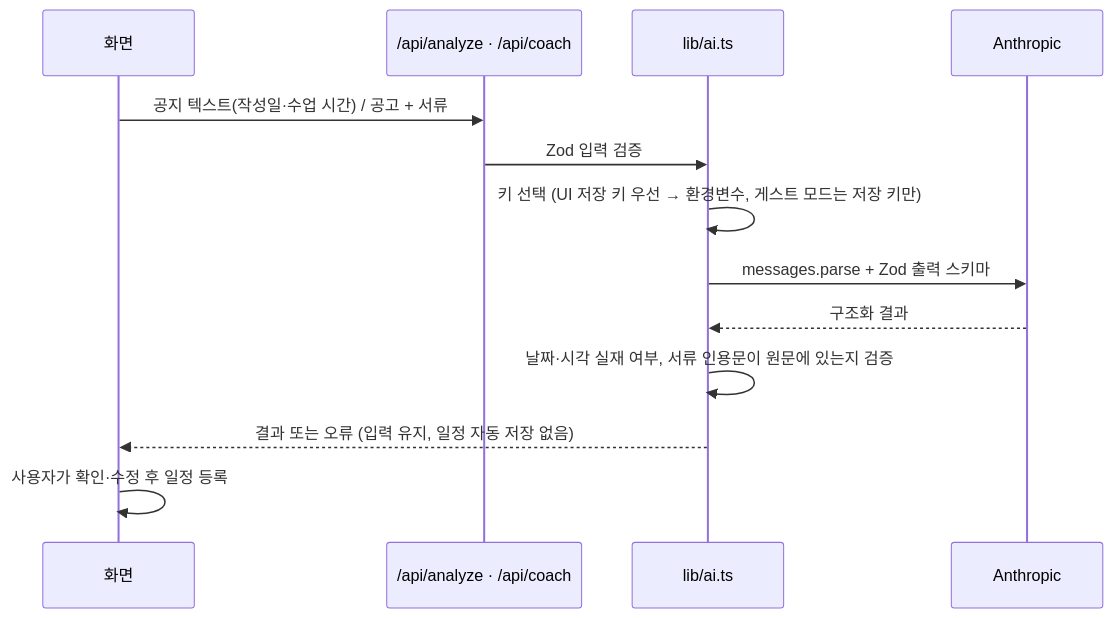
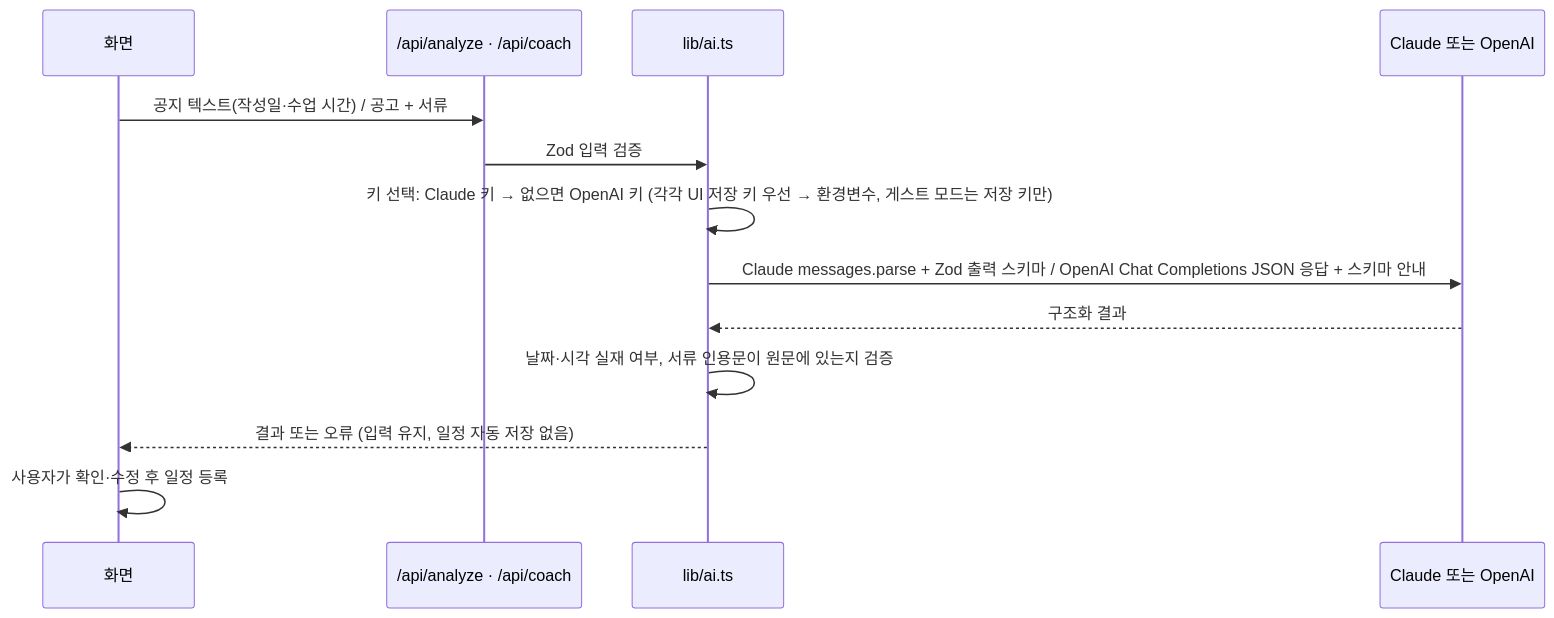
One commit to siu717/ai-builder changed the fifth of 8 diagrams in docs/ARCHITECTURE.md. Above: the diagram before and after it, drawn with Mermaid. The commit also changed other lines of this file and 1 other file, not shown here.

````diff
--- a/docs/ARCHITECTURE.md
+++ b/docs/ARCHITECTURE.md
@@ -206,15 +207,15 @@
 ```mermaid
 sequenceDiagram
   participant U as 화면
   participant A as /api/analyze · /api/coach
   participant L as lib/ai.ts
-  participant C as Anthropic
+  participant C as Claude 또는 OpenAI
   U->>A: 공지 텍스트(작성일·수업 시간) / 공고 + 서류
   A->>L: Zod 입력 검증
-  L->>L: 키 선택 (UI 저장 키 우선 → 환경변수, 게스트 모드는 저장 키만)
-  L->>C: messages.parse + Zod 출력 스키마
+  L->>L: 키 선택: Claude 키 → 없으면 OpenAI 키 (각각 UI 저장 키 우선 → 환경변수, 게스트 모드는 저장 키만)
+  L->>C: Claude messages.parse + Zod 출력 스키마 / OpenAI Chat Completions JSON 응답 + 스키마 안내
   C-->>L: 구조화 결과
   L->>L: 날짜·시각 실재 여부, 서류 인용문이 원문에 있는지 검증
   L-->>U: 결과 또는 오류 (입력 유지, 일정 자동 저장 없음)
   U->>U: 사용자가 확인·수정 후 일정 등록
 ```
````
